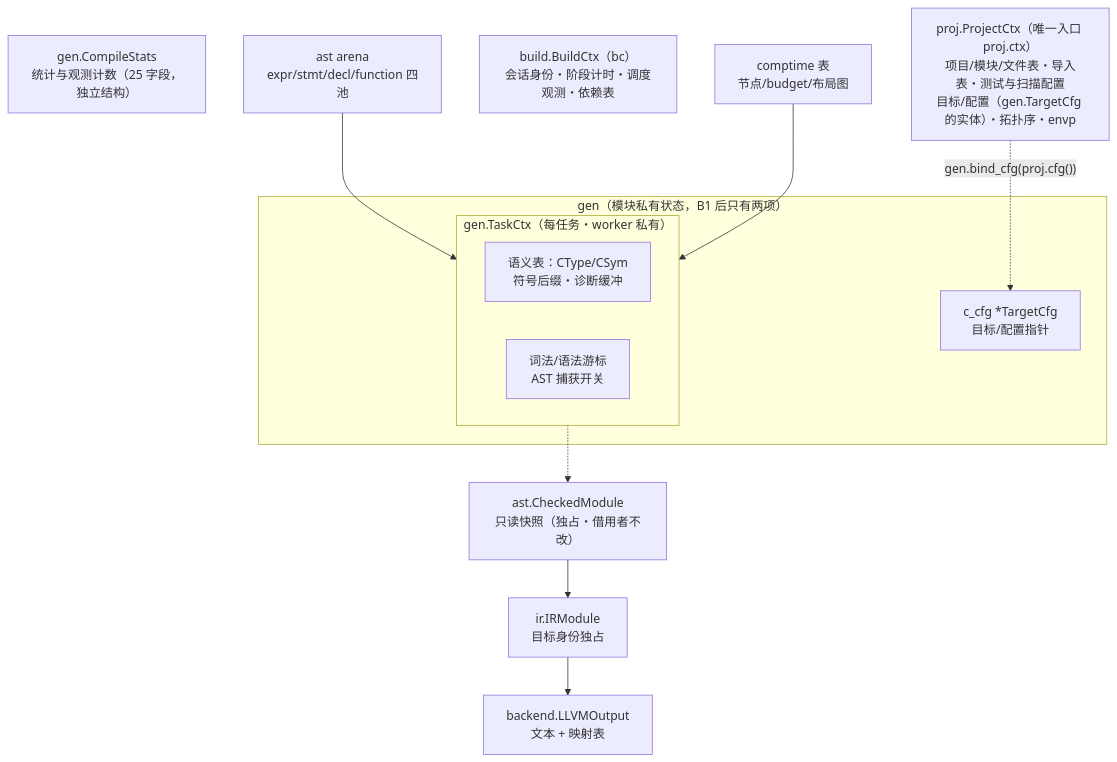
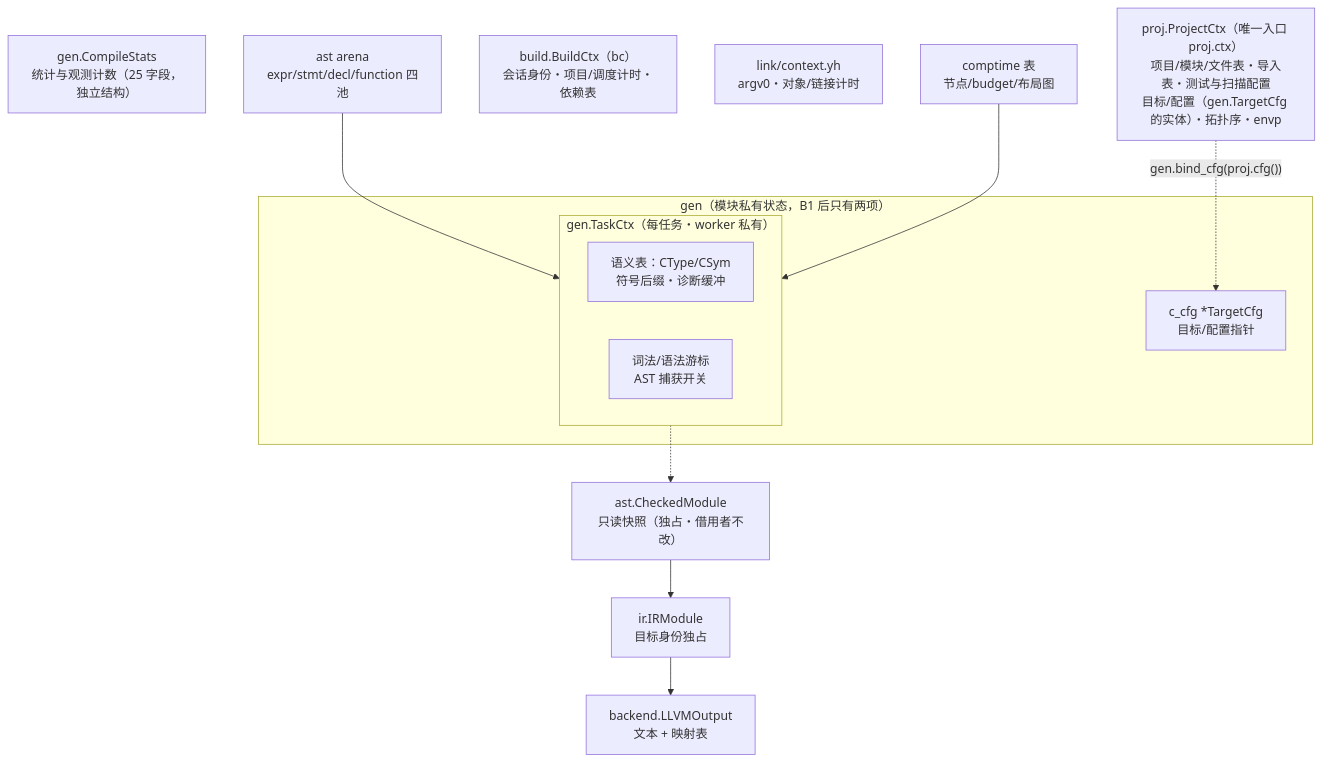
Before and after one commit to lalavender/x: the seventh of 9 diagrams in docs/03-design/yh-架构图-2026-10-25.md, drawn with Mermaid. The commit also changed other lines of this file and 3 other files, not shown here.

Commit message:
docs: B2-1/B2-2/B2-4 交付记录（15 模块、build 6,348、link 3,531）；B2-3 单独立项

````diff
--- a/docs/03-design/yh-架构图-2026-10-25.md
+++ b/docs/03-design/yh-架构图-2026-10-25.md
@@ -328,19 +352,20 @@
 ```mermaid
 flowchart TB
   subgraph GS["gen（模块私有状态，B1 后只有两项）"]
     GC["c_cfg *TargetCfg<br/>目标/配置指针"]
     subgraph TC["gen.TaskCtx（每任务・worker 私有）"]
       T1["语义表：CType/CSym<br/>符号后缀・诊断缓冲"]
       T2["词法/语法游标<br/>AST 捕获开关"]
     end
   end
   STATS["gen.CompileStats<br/>统计与观测计数（25 字段，独立结构）"]
   PJ["proj.ProjectCtx（唯一入口 proj.ctx）<br/>项目/模块/文件表・导入表・测试与扫描配置<br/>目标/配置（gen.TargetCfg 的实体）・拓扑序・envp"]
-  BC["build.BuildCtx（bc）<br/>会话身份・阶段计时・调度观测・依赖表"]
+  BC["build.BuildCtx（bc）<br/>会话身份・项目/调度计时・依赖表"]
+  LC["link/context.yh<br/>argv0・对象/链接计时"]
   ASTARENA["ast arena<br/>expr/stmt/decl/function 四池"] --> TC
   CTTAB["comptime 表<br/>节点/budget/布局图"] --> TC
   SNAP["ast.CheckedModule<br/>只读快照（独占・借用者不改）"] --> IRM["ir.IRModule<br/>目标身份独占"]
   IRM --> LLOUT["backend.LLVMOutput<br/>文本 + 映射表"]
   PJ -.->|"gen.bind_cfg(proj.cfg())"| GC
   TC -.-> SNAP
 ```
````
